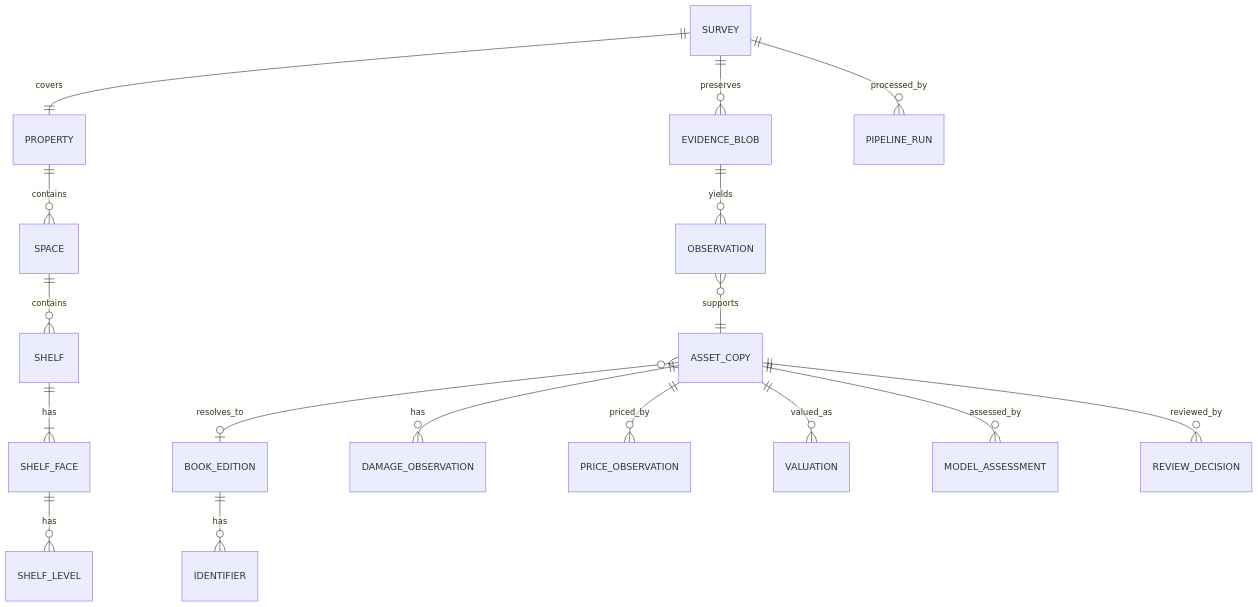
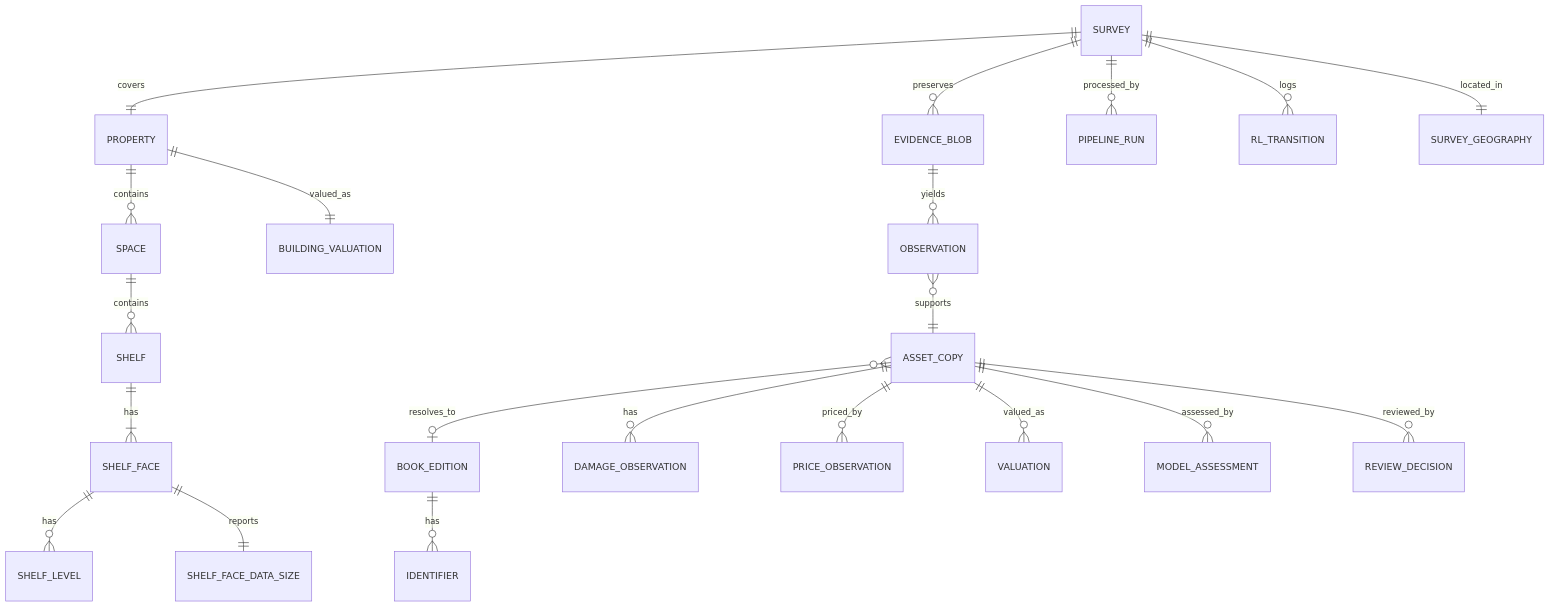
Before and after one commit to harshsinha-12/library-estimate: the second of 8 diagrams in FINAL-PLAN.md, drawn with Mermaid. The commit also changed other lines of this file, not shown here.

````diff
--- a/FINAL-PLAN.md
+++ b/FINAL-PLAN.md
@@ -193,19 +255,23 @@
 ```mermaid
 erDiagram
   SURVEY ||--|| PROPERTY : covers
   PROPERTY ||--o{ SPACE : contains
   SPACE ||--o{ SHELF : contains
   SHELF ||--|{ SHELF_FACE : has
   SHELF_FACE ||--o{ SHELF_LEVEL : has
+  SHELF_FACE ||--|| SHELF_FACE_DATA_SIZE : reports
   SURVEY ||--o{ EVIDENCE_BLOB : preserves
   EVIDENCE_BLOB ||--o{ OBSERVATION : yields
   OBSERVATION }o--|| ASSET_COPY : supports
   ASSET_COPY }o--o| BOOK_EDITION : resolves_to
   BOOK_EDITION ||--o{ IDENTIFIER : has
   ASSET_COPY ||--o{ DAMAGE_OBSERVATION : has
   ASSET_COPY ||--o{ PRICE_OBSERVATION : priced_by
   ASSET_COPY ||--o{ VALUATION : valued_as
   ASSET_COPY ||--o{ MODEL_ASSESSMENT : assessed_by
   ASSET_COPY ||--o{ REVIEW_DECISION : reviewed_by
   SURVEY ||--o{ PIPELINE_RUN : processed_by
+  SURVEY ||--o{ RL_TRANSITION : logs
+  SURVEY ||--|| SURVEY_GEOGRAPHY : located_in
+  PROPERTY ||--|| BUILDING_VALUATION : valued_as
 ```
````
